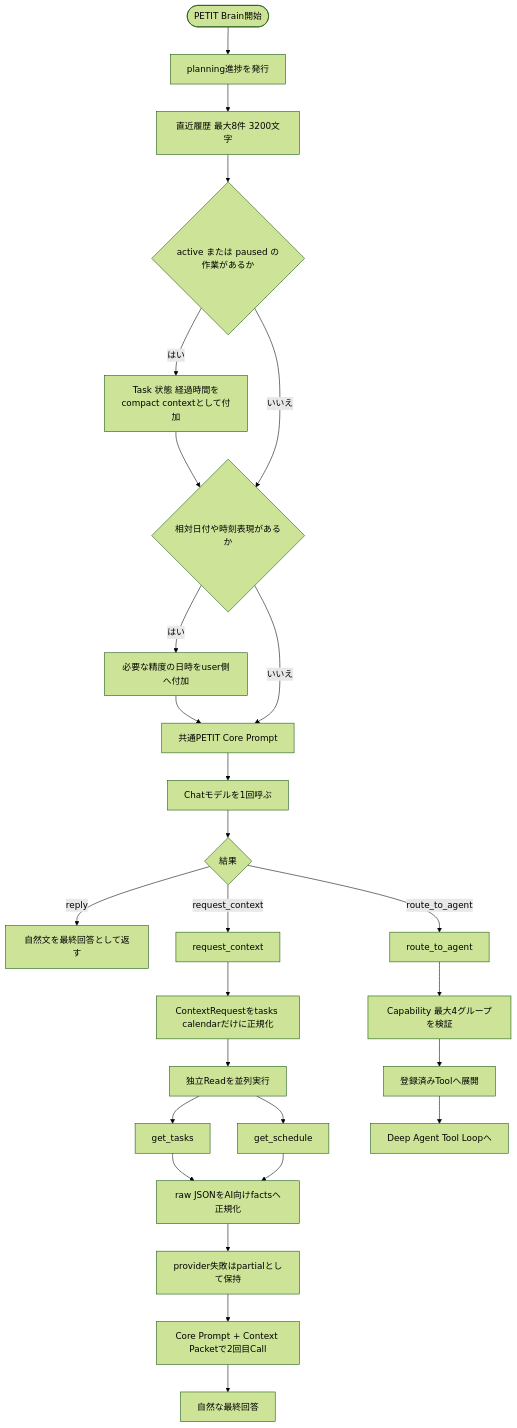
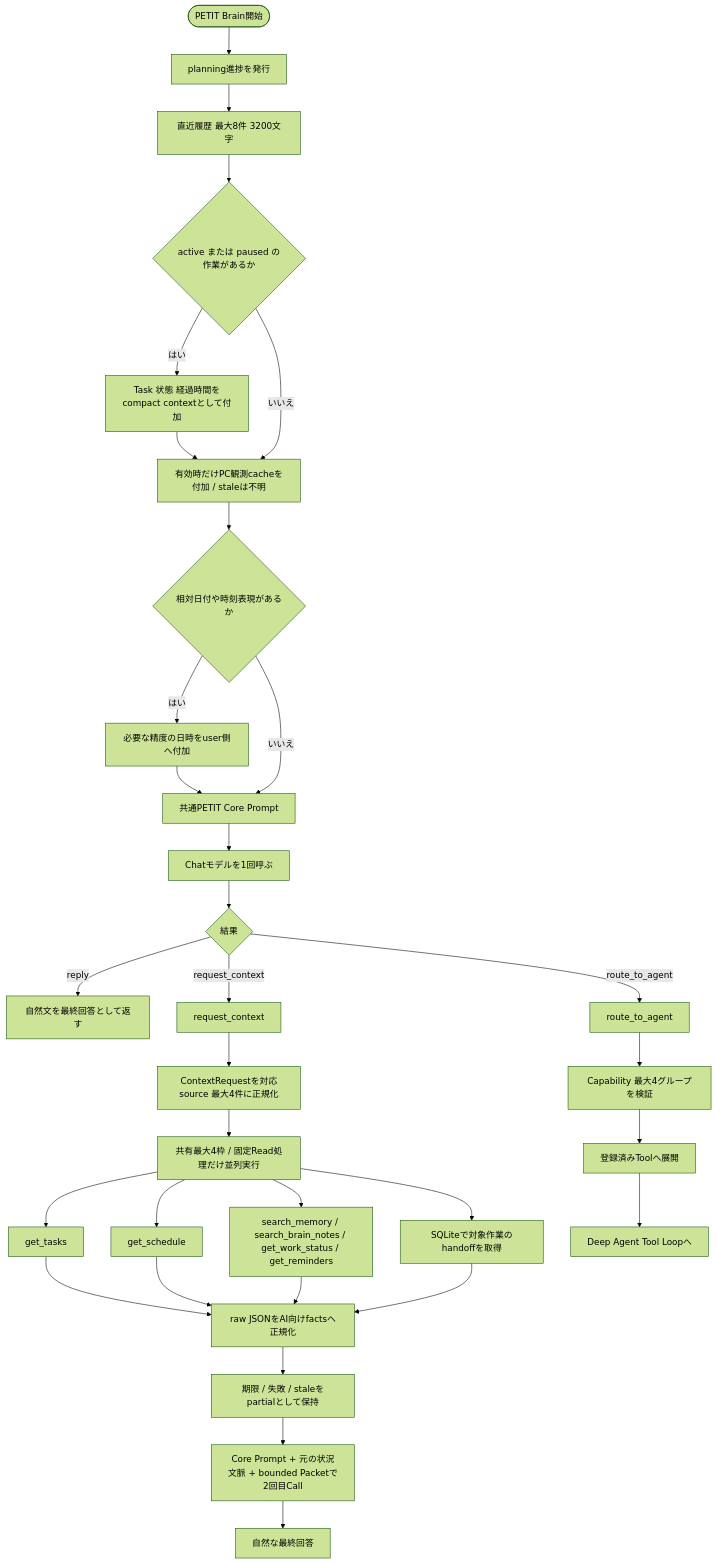
The second of 15 diagrams in docs/runtime-flows.md (Soso2e/PETIT), drawn with Mermaid (forest theme) before and after one commit. The commit also changed other lines of this file and 17 other files, not shown here.

````diff
--- a/docs/runtime-flows.md
+++ b/docs/runtime-flows.md
@@ -90,40 +91,45 @@
 ```mermaid
 flowchart TD
     start([PETIT Brain開始])
     planning[planning進捗を発行]
     history[直近履歴 最大8件 3200文字]
     activeWork{active または paused の作業があるか}
     workContext[Task 状態 経過時間をcompact contextとして付加]
+    optionalPC[有効時だけPC観測cacheを付加 / staleは不明]
     clock{相対日付や時刻表現があるか}
     userClock[必要な精度の日時をuser側へ付加]
     core[共通PETIT Core Prompt]
     selector[Chatモデルを1回呼ぶ]
     result{結果}
     reply[自然文を最終回答として返す]
     request[request_context]
-    normalize[ContextRequestをtasks calendarだけに正規化]
-    parallel[独立Readを並列実行]
+    normalize[ContextRequestを対応source 最大4件に正規化]
+    parallel[共有最大4枠 / 固定Read処理だけ並列実行]
     task[get_tasks]
     calendar[get_schedule]
+    personal[search_memory / search_brain_notes / get_work_status / get_reminders]
+    handoff[SQLiteで対象作業のhandoffを取得]
     packet[raw JSONをAI向けfactsへ正規化]
-    partial[provider失敗はpartialとして保持]
-    second[Core Prompt + Context Packetで2回目Call]
+    partial[期限 / 失敗 / staleをpartialとして保持]
+    second[Core Prompt + 元の状況文脈 + bounded Packetで2回目Call]
     final[自然な最終回答]
     route[route_to_agent]
     parse[Capability 最大4グループを検証]
     map[登録済みToolへ展開]
     agent[Deep Agent Tool Loopへ]
 
     start --> planning --> history --> activeWork
-    activeWork -->|はい| workContext --> clock
-    activeWork -->|いいえ| clock
+    activeWork -->|はい| workContext --> optionalPC --> clock
+    activeWork -->|いいえ| optionalPC
     clock -->|はい| userClock --> core
     clock -->|いいえ| core
     core --> selector --> result
     result -->|reply| reply
     result -->|request_context| request --> normalize --> parallel
     parallel --> task --> packet
     parallel --> calendar --> packet
+    parallel --> personal --> packet
+    parallel --> handoff --> packet
     packet --> partial --> second --> final
     result -->|route_to_agent| route --> parse --> map --> agent
 ```
````
